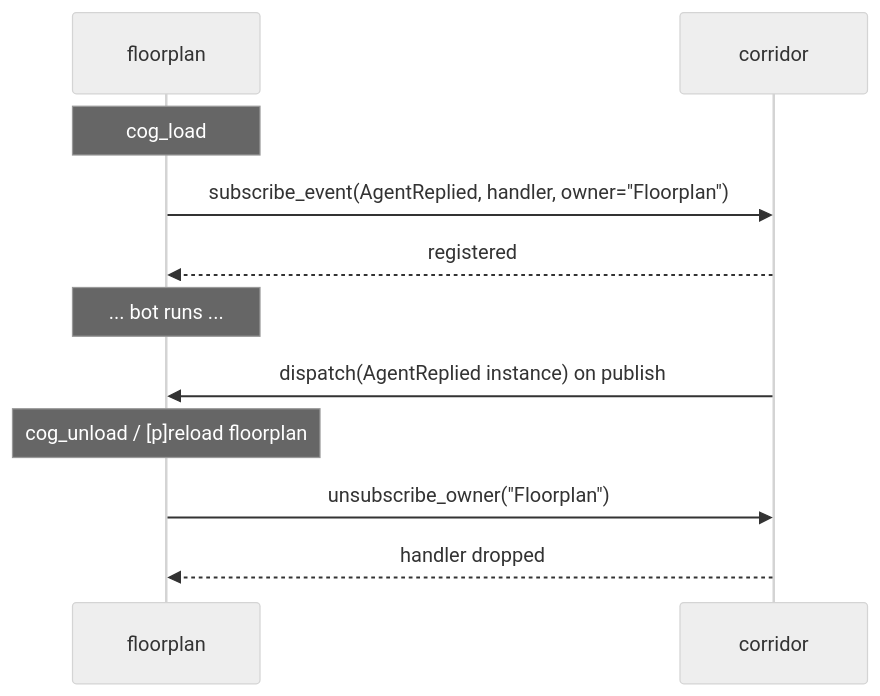
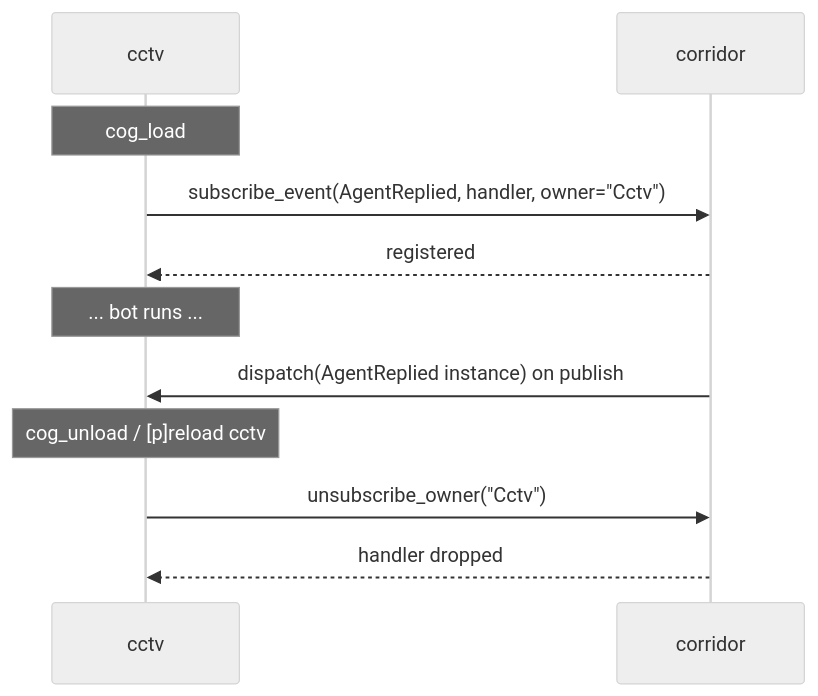
One commit to pixel-agents-hq/pixel-agents-cogs changed the fourth of 5 diagrams in docs/corridor-pubsub-design.md. Above: the diagram before and after it, drawn with Mermaid (neutral theme). The commit also changed other lines of this file and 39 other files, not shown here.

````diff
--- a/docs/corridor-pubsub-design.md
+++ b/docs/corridor-pubsub-design.md
@@ -446,16 +306,16 @@
 ```mermaid
 sequenceDiagram
-    participant FP as floorplan
+    participant Sub as cctv
     participant C as corridor
 
-    Note over FP: cog_load
-    FP->>C: subscribe_event(AgentReplied, handler, owner="Floorplan")
-    C-->>FP: registered
+    Note over Sub: cog_load
+    Sub->>C: subscribe_event(AgentReplied, handler, owner="Cctv")
+    C-->>Sub: registered
 
-    Note over FP: ... bot runs ...
-    C->>FP: dispatch(AgentReplied instance) on publish
+    Note over Sub: ... bot runs ...
+    C->>Sub: dispatch(AgentReplied instance) on publish
 
-    Note over FP: cog_unload / [p]reload floorplan
-    FP->>C: unsubscribe_owner("Floorplan")
-    C-->>FP: handler dropped
+    Note over Sub: cog_unload / [p]reload cctv
+    Sub->>C: unsubscribe_owner("Cctv")
+    C-->>Sub: handler dropped
 ```
````
